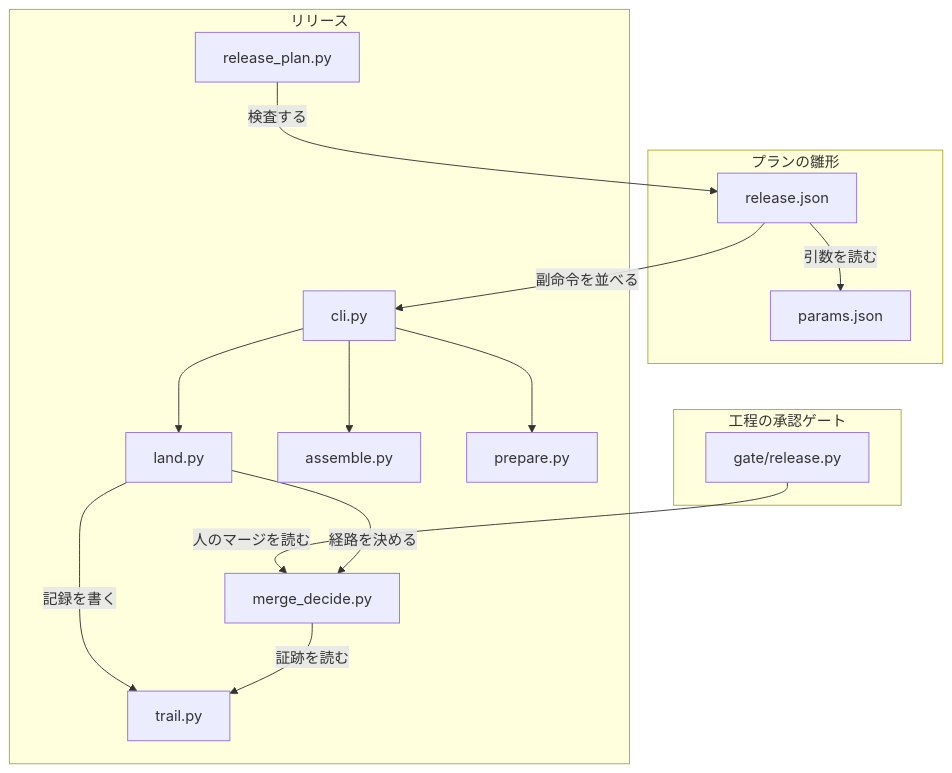
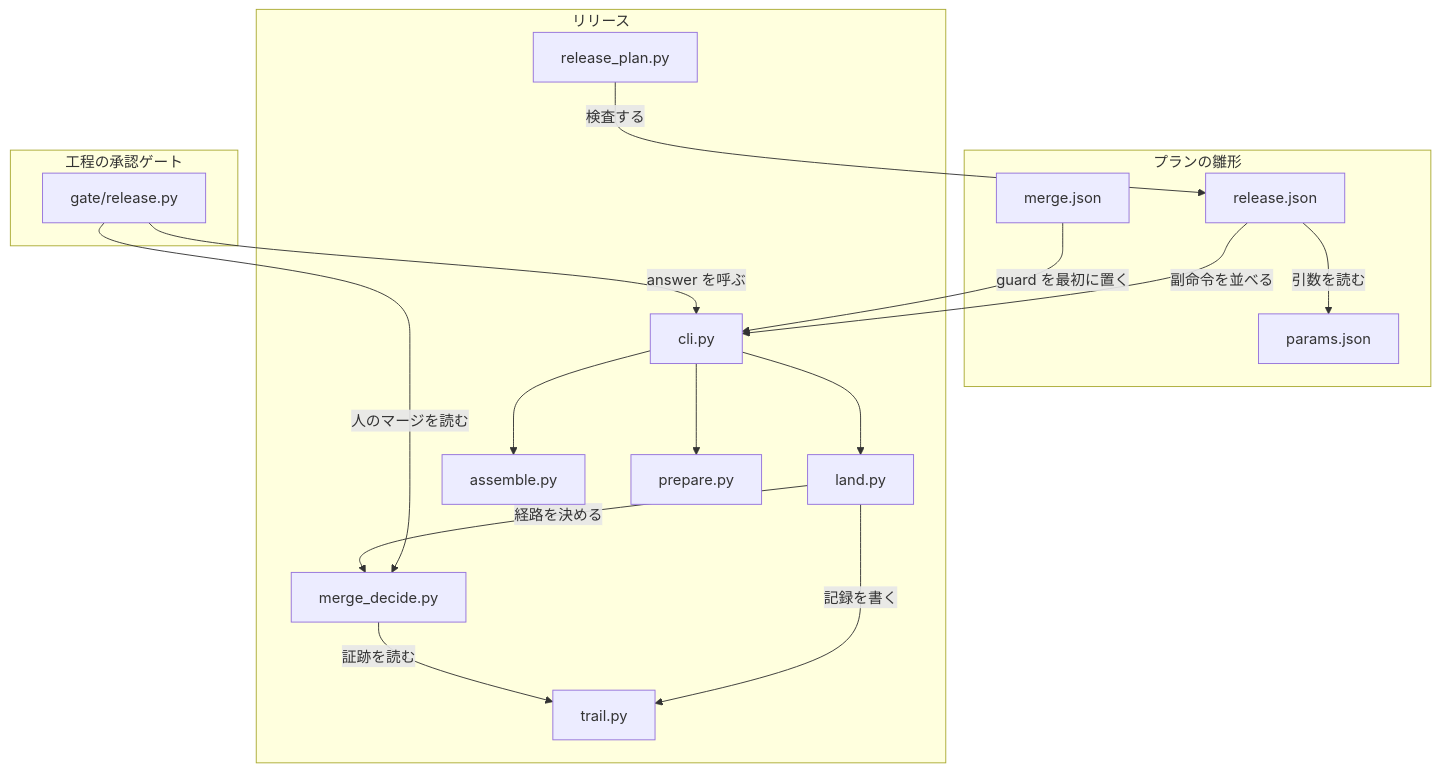
One commit to devbasex/ai-plugins changed the first of 4 diagrams in issues/issue-3572-design.md. Above: the diagram before and after it, drawn with Mermaid. The commit also changed other lines of this file and 4 other files, not shown here.

````diff
--- a/issues/issue-3572-design.md
+++ b/issues/issue-3572-design.md
@@ -150,29 +167,32 @@
 ```mermaid
 graph TD
     subgraph tpl[プランの雛形]
         R[release.json]
         P[params.json]
+        MJ[merge.json]
     end
     subgraph gate[工程の承認ゲート]
         G[gate/release.py]
     end
     subgraph rel[リリース]
         C[cli.py]
         L[land.py]
         T[trail.py]
         M[merge_decide.py]
         A[assemble.py]
         N[prepare.py]
         Q[release_plan.py]
     end
     R -->|引数を読む| P
     R -->|副命令を並べる| C
+    MJ -->|guard を最初に置く| C
     Q -->|検査する| R
     G -->|人のマージを読む| M
+    G -->|answer を呼ぶ| C
     C --> L
     C --> A
     C --> N
     L -->|記録を書く| T
     L -->|経路を決める| M
     M -->|証跡を読む| T
 ```
````
